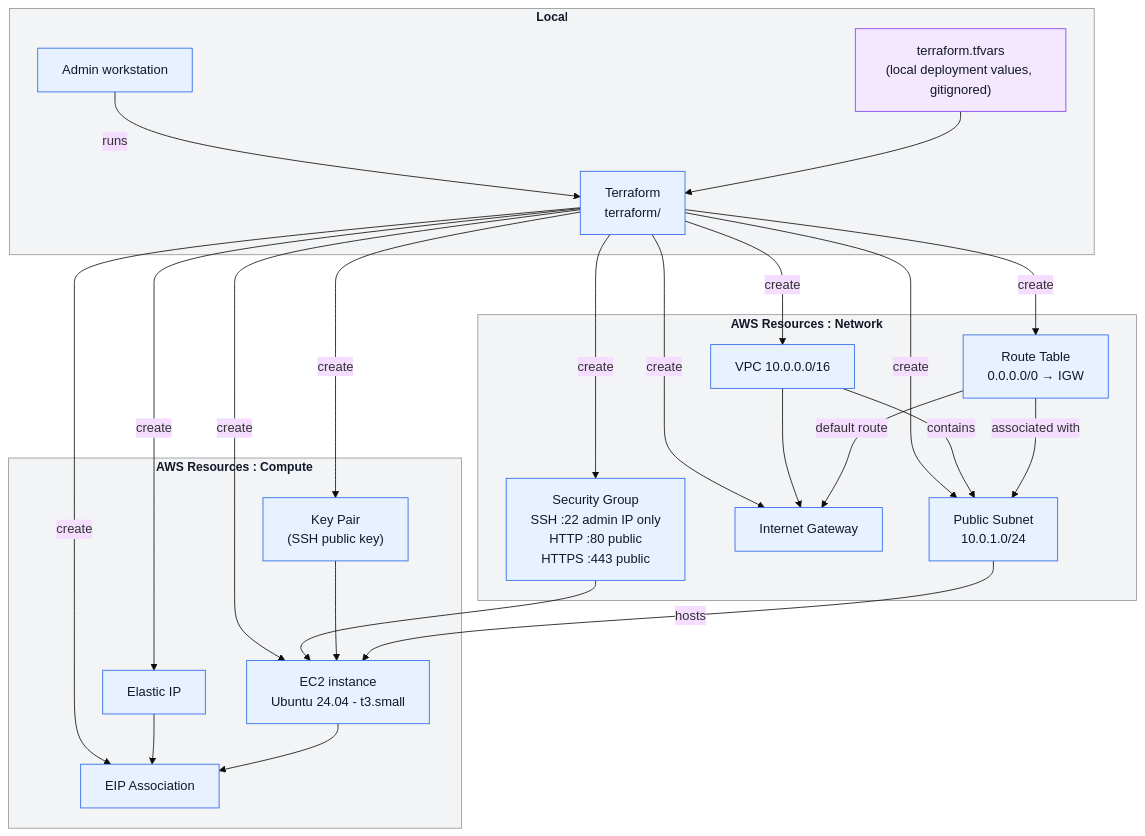
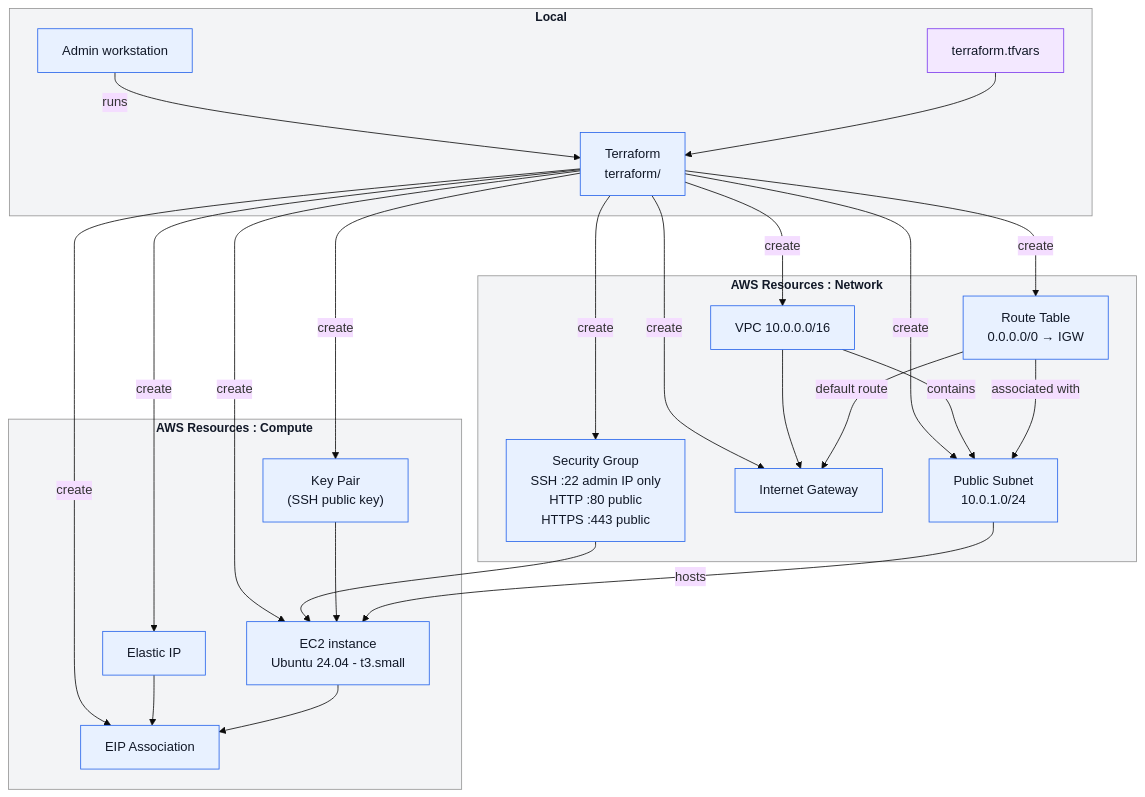
One commit to gsiegwald/n8n-deploy-kit changed the second of 2 diagrams in README.md. Above: the diagram before and after it, drawn with Mermaid (base theme). The commit also changed other lines of this file and 1 other file, not shown here.

````diff
--- a/README.md
+++ b/README.md
@@ -183,56 +187,56 @@
 ```mermaid
 flowchart TB
   subgraph L[" Local "]
     U["Admin workstation"]
     TF["Terraform\nterraform/"]
-    TFVARS["terraform.tfvars\n(local deployment values, gitignored)"]
+    TFVARS["terraform.tfvars"]
   end
 
   subgraph NET["AWS Resources : Network"]
     VPC["VPC 10.0.0.0/16"]
     SUBNET["Public Subnet\n10.0.1.0/24"]
     IGW["Internet Gateway"]
     RT["Route Table\n0.0.0.0/0 → IGW"]
     SG["Security Group\nSSH :22 admin IP only\nHTTP :80 public\nHTTPS :443 public"]
   end
 
   subgraph COMPUTE["AWS Resources : Compute"]
     KP["Key Pair\n(SSH public key)"]
     EC2["EC2 instance\nUbuntu 24.04 - t3.small"]
     EIP["Elastic IP"]
     EIP_ASSOC["EIP Association"]
   end
 
   U -->|runs| TF
   TFVARS --> TF
 
   TF -- "create" --> VPC
   TF -- "create" --> IGW
   TF -- "create" --> SUBNET
   TF -- "create" --> RT
   TF -- "create" --> SG
   TF -- "create" --> KP
   TF -- "create" --> EC2
   TF -- "create" --> EIP
   TF -- "create" --> EIP_ASSOC
 
   VPC -->|contains| SUBNET
   VPC --> IGW
   RT -->|default route| IGW
   RT -->|associated with| SUBNET
   SG --> EC2
   KP --> EC2
   SUBNET -->|hosts| EC2
   EIP --> EIP_ASSOC
   EC2 --> EIP_ASSOC
 
   %% ---- Subgraph styling ----
   style L       fill:#F3F4F6,stroke:#949494,stroke-width:1px,color:#111827,font-size:15px,font-weight:bold
   style NET     fill:#F3F4F6,stroke:#949494,stroke-width:1px,color:#111827,font-size:15px,font-weight:bold
   style COMPUTE fill:#F3F4F6,stroke:#949494,stroke-width:1px,color:#111827,font-size:15px,font-weight:bold
 
   classDef default  fill:#E8F1FF,stroke:#2563EB,stroke-width:1px,color:#111827;
   classDef fileNode fill:#F3E8FF,stroke:#7C3AED,stroke-width:1px,color:#111827;
 
   class TFVARS fileNode;
 ```
````
